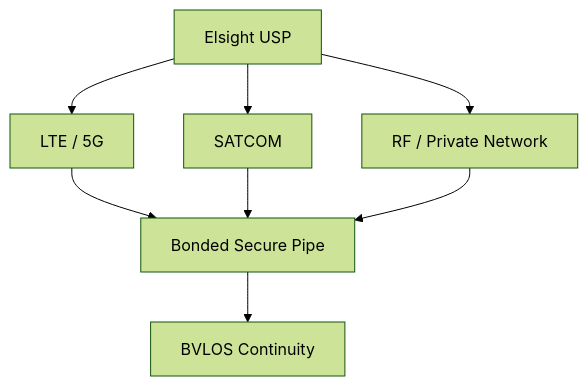
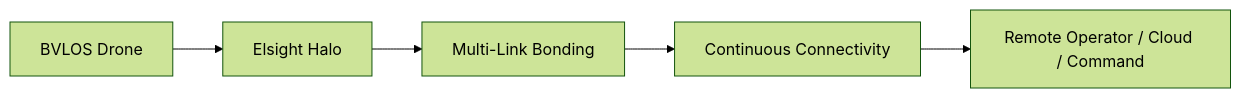
The seventh of 14 diagrams in HyperLink.md (vjk7989/project-flex), drawn with Mermaid (forest theme) before and after one commit. The commit also changed other lines of this file, not shown here.

````diff
--- a/HyperLink.md
+++ b/HyperLink.md
@@ -191,10 +385,7 @@
 ```mermaid
-flowchart TD
-    A["Elsight USP"] --> B["LTE / 5G"]
-    A --> C["SATCOM"]
-    A --> D["RF / Private Network"]
-    B --> E["Bonded Secure Pipe"]
-    C --> E
-    D --> E
-    E --> F["BVLOS Continuity"]
+flowchart LR
+    A["BVLOS Drone"] --> B["Elsight Halo"]
+    B --> C["Multi-Link Bonding"]
+    C --> D["Continuous Connectivity"]
+    D --> E["Remote Operator / Cloud / Command"]
 ```
````
